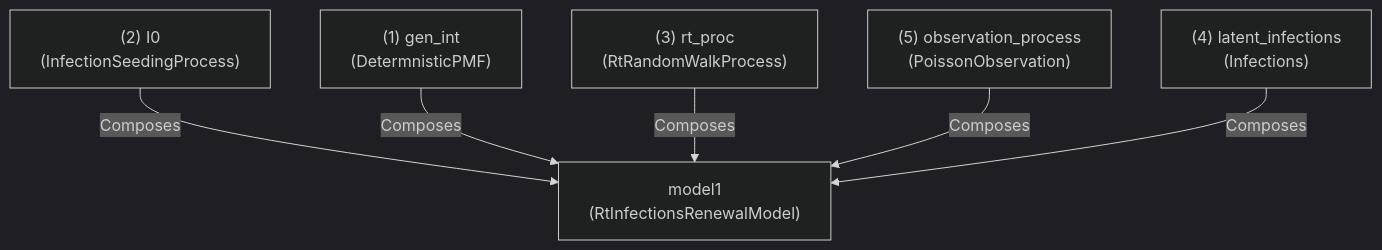
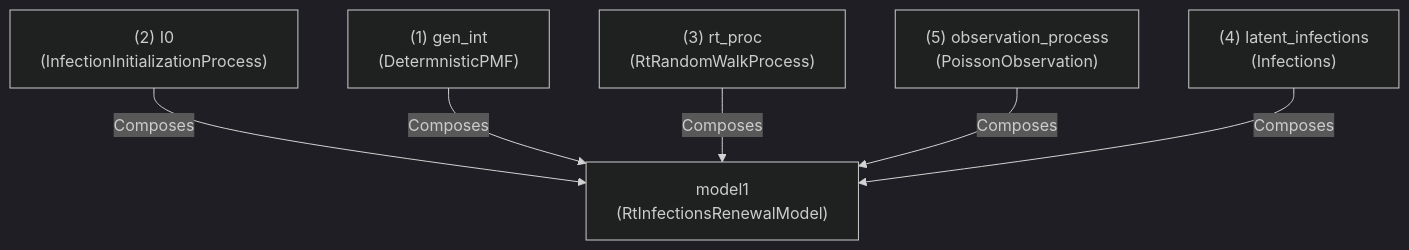
Before and after one commit to CDCgov/PyRenew: the second of 2 diagrams in model/docs/basic_renewal_model.qmd, drawn with Mermaid (dark theme). The commit also changed other lines of this file, not shown here.

````diff
--- a/model/docs/basic_renewal_model.qmd
+++ b/model/docs/basic_renewal_model.qmd
@@ -153,18 +153,18 @@
 ```mermaid
 %%| label: overview-of-RtInfectionsRenewalModel
 %%| include: true
 flowchart TB
     genint["(1) gen_int\n(DetermnisticPMF)"]
-    i0["(2) I0\n(InfectionSeedingProcess)"]
+    i0["(2) I0\n(InfectionInitializationProcess)"]
     rt["(3) rt_proc\n(RtRandomWalkProcess)"]
     inf["(4) latent_infections\n(Infections)"]
     obs["(5) observation_process\n(PoissonObservation)"]
 
     model1["model1\n(RtInfectionsRenewalModel)"]
 
     i0-->|Composes|model1
     genint-->|Composes|model1
     rt-->|Composes|model1
     obs-->|Composes|model1
     inf-->|Composes|model1
 ```
````
